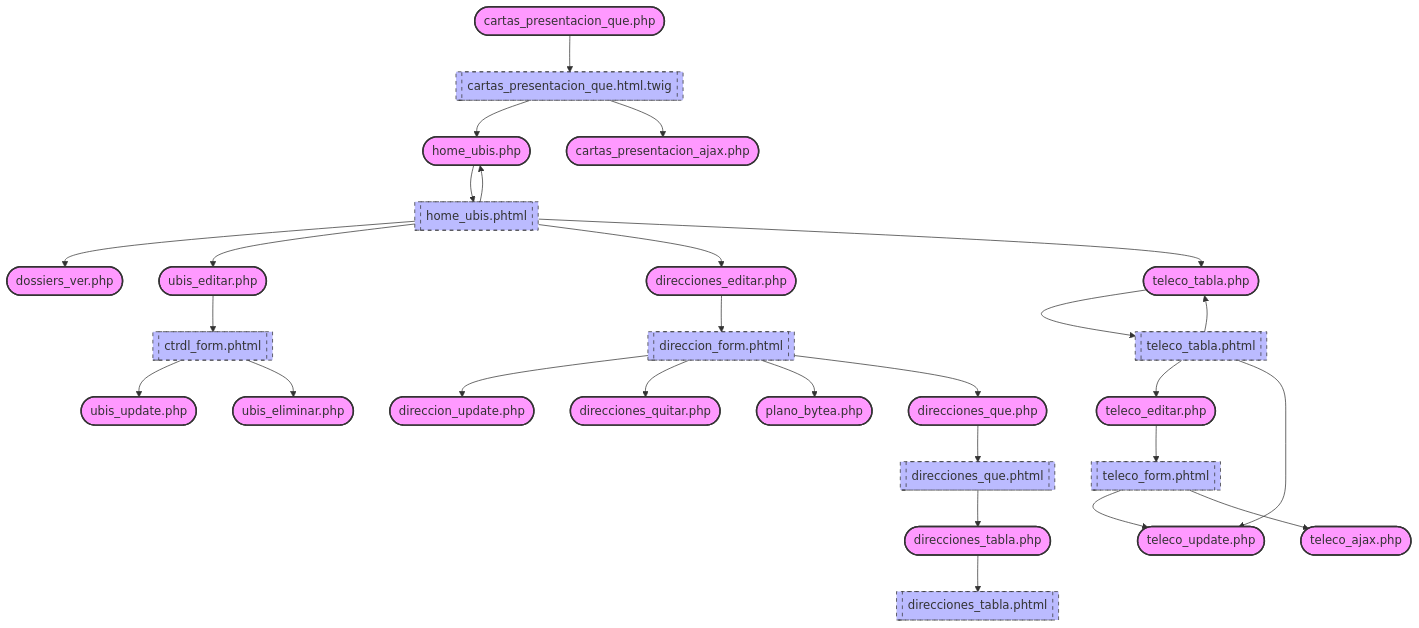
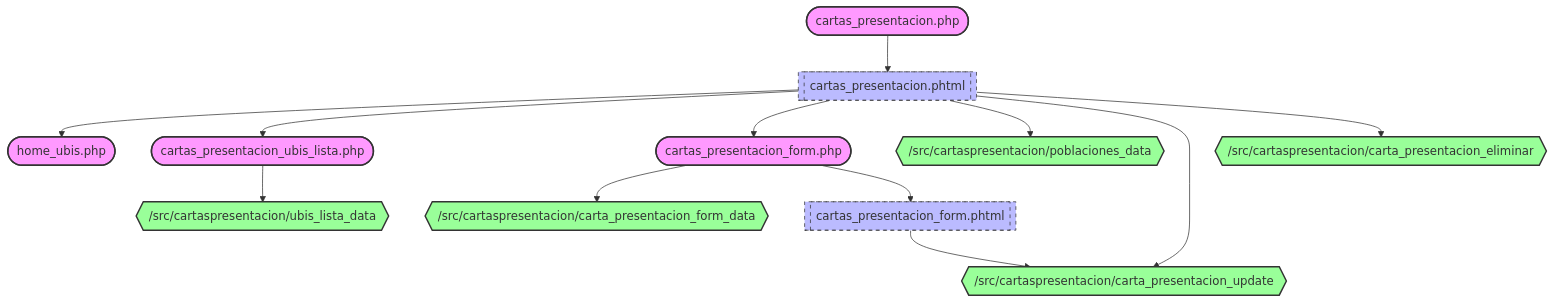
One commit to olvidio/orbix changed the diagram in documentacion/Documentacion_Obix/cartaspresentacion/mapa_cartas_presentacion_que.md. Above: the diagram before and after it, drawn with Mermaid. The commit also changed 143 other files, not shown here.

````diff
--- a/documentacion/Documentacion_Obix/cartaspresentacion/mapa_cartas_presentacion_que.md
+++ b/documentacion/Documentacion_Obix/cartaspresentacion/mapa_cartas_presentacion_que.md
@@ -1,40 +1,22 @@
 ```mermaid
 flowchart TD
     %% Estils de nodes
     classDef controller fill:#f9f,stroke:#333,stroke-width:2px;
     classDef vista fill:#bbf,stroke:#333,stroke-width:1px,stroke-dasharray: 5 5;
+    classDef endpoint fill:#9f9,stroke:#333,stroke-width:2px;
     classDef error fill:#ff9999,stroke:#cc0000,stroke-width:2px;
 
-    apps_cartaspresentacion_controller_cartas_presentacion_que_php(["cartas_presentacion_que.php"]):::controller --> apps_cartaspresentacion_view_cartas_presentacion_que_html_twig[["cartas_presentacion_que.html.twig"]]:::vista
-    apps_cartaspresentacion_view_cartas_presentacion_que_html_twig --> apps_ubis_controller_home_ubis_php(["home_ubis.php"]):::controller
-    apps_cartaspresentacion_view_cartas_presentacion_que_html_twig --> apps_cartaspresentacion_controller_cartas_presentacion_ajax_php(["cartas_presentacion_ajax.php"]):::controller
-    %% DESTÍ NO RESOLT des de apps_cartaspresentacion_view_cartas_presentacion_que_html_twig: {{ oHash }} [DESTÍ NO RESOLT]
-    apps_ubis_controller_home_ubis_php(["home_ubis.php"]):::controller --> apps_ubis_view_home_ubis_phtml[["home_ubis.phtml"]]:::vista
-    apps_ubis_view_home_ubis_phtml --> apps_dossiers_controller_dossiers_ver_php(["dossiers_ver.php"]):::controller
-    apps_ubis_view_home_ubis_phtml --> apps_ubis_controller_home_ubis_php(["home_ubis.php"]):::controller
-    apps_ubis_view_home_ubis_phtml --> apps_ubis_controller_ubis_editar_php(["ubis_editar.php"]):::controller
-    apps_ubis_view_home_ubis_phtml --> apps_ubis_controller_direcciones_editar_php(["direcciones_editar.php"]):::controller
-    apps_ubis_view_home_ubis_phtml --> apps_ubis_controller_teleco_tabla_php(["teleco_tabla.php"]):::controller
-    apps_ubis_controller_ubis_editar_php(["ubis_editar.php"]):::controller --> apps_ubis_view_ctrdl_form_phtml[["ctrdl_form.phtml"]]:::vista
-    apps_ubis_view_ctrdl_form_phtml --> apps_ubis_controller_ubis_update_php(["ubis_update.php"]):::controller
-    apps_ubis_view_ctrdl_form_phtml --> apps_ubis_controller_ubis_eliminar_php(["ubis_eliminar.php"]):::controller
-    apps_ubis_controller_direcciones_editar_php(["direcciones_editar.php"]):::controller --> apps_ubis_view_direccion_form_phtml[["direccion_form.phtml"]]:::vista
-    apps_ubis_view_direccion_form_phtml --> apps_ubis_controller_direccion_update_php(["direccion_update.php"]):::controller
-    apps_ubis_view_direccion_form_phtml --> apps_ubis_controller_direcciones_quitar_php(["direcciones_quitar.php"]):::controller
-    apps_ubis_view_direccion_form_phtml --> apps_ubis_controller_plano_bytea_php(["plano_bytea.php"]):::controller
-    apps_ubis_view_direccion_form_phtml --> apps_ubis_controller_direcciones_que_php(["direcciones_que.php"]):::controller
-    %% DESTÍ NO RESOLT des de apps_ubis_view_direccion_form_phtml: $id_direccion_actual [DESTÍ NO RESOLT]
-    apps_ubis_controller_teleco_tabla_php(["teleco_tabla.php"]):::controller --> apps_ubis_view_teleco_tabla_phtml[["teleco_tabla.phtml"]]:::vista
-    apps_ubis_view_teleco_tabla_phtml --> apps_ubis_controller_teleco_editar_php(["teleco_editar.php"]):::controller
-    apps_ubis_view_teleco_tabla_phtml --> apps_ubis_controller_teleco_update_php(["teleco_update.php"]):::controller
-    apps_ubis_view_teleco_tabla_phtml --> apps_ubis_controller_teleco_tabla_php(["teleco_tabla.php"]):::controller
-    %% DESTÍ NO RESOLT des de apps_ubis_view_teleco_tabla_phtml: $ficha [DESTÍ NO RESOLT]
-    %% DESTÍ NO RESOLT des de apps_ubis_view_teleco_tabla_phtml: $oHash->getCamposHtml(); [DESTÍ NO RESOLT]
-    apps_ubis_controller_direcciones_que_php(["direcciones_que.php"]):::controller --> apps_ubis_view_direcciones_que_phtml[["direcciones_que.phtml"]]:::vista
-    apps_ubis_view_direcciones_que_phtml --> apps_ubis_controller_direcciones_tabla_php(["direcciones_tabla.php"]):::controller
-    apps_ubis_controller_teleco_editar_php(["teleco_editar.php"]):::controller --> apps_ubis_view_teleco_form_phtml[["teleco_form.phtml"]]:::vista
-    apps_ubis_view_teleco_form_phtml --> apps_ubis_controller_teleco_update_php(["teleco_update.php"]):::controller
-    apps_ubis_view_teleco_form_phtml --> apps_ubis_controller_teleco_ajax_php(["teleco_ajax.php"]):::controller
-    apps_ubis_controller_direcciones_tabla_php(["direcciones_tabla.php"]):::controller --> apps_ubis_view_direcciones_tabla_phtml[["direcciones_tabla.phtml"]]:::vista
-    %% DESTÍ NO RESOLT des de apps_ubis_view_direcciones_tabla_phtml: $url_nueva; [DESTÍ NO RESOLT]
+    frontend_cartaspresentacion_controller_cartas_presentacion_php(["cartas_presentacion.php"]):::controller --> frontend_cartaspresentacion_view_cartas_presentacion_phtml[["cartas_presentacion.phtml"]]:::vista
+
+    frontend_cartaspresentacion_view_cartas_presentacion_phtml --> frontend_ubis_controller_home_ubis_php(["home_ubis.php"]):::controller
+    frontend_cartaspresentacion_view_cartas_presentacion_phtml --> frontend_cartaspresentacion_controller_cartas_presentacion_ubis_lista_php(["cartas_presentacion_ubis_lista.php"]):::controller
+    frontend_cartaspresentacion_view_cartas_presentacion_phtml --> frontend_cartaspresentacion_controller_cartas_presentacion_form_php(["cartas_presentacion_form.php"]):::controller
+    frontend_cartaspresentacion_view_cartas_presentacion_phtml --> src_cartaspresentacion_poblaciones_data{{"/src/cartaspresentacion/poblaciones_data"}}:::endpoint
+    frontend_cartaspresentacion_view_cartas_presentacion_phtml --> src_cartaspresentacion_carta_presentacion_update{{"/src/cartaspresentacion/carta_presentacion_update"}}:::endpoint
+    frontend_cartaspresentacion_view_cartas_presentacion_phtml --> src_cartaspresentacion_carta_presentacion_eliminar{{"/src/cartaspresentacion/carta_presentacion_eliminar"}}:::endpoint
+
+    frontend_cartaspresentacion_controller_cartas_presentacion_ubis_lista_php --> src_cartaspresentacion_ubis_lista_data{{"/src/cartaspresentacion/ubis_lista_data"}}:::endpoint
+    frontend_cartaspresentacion_controller_cartas_presentacion_form_php --> src_cartaspresentacion_carta_presentacion_form_data{{"/src/cartaspresentacion/carta_presentacion_form_data"}}:::endpoint
+    frontend_cartaspresentacion_controller_cartas_presentacion_form_php --> frontend_cartaspresentacion_view_cartas_presentacion_form_phtml[["cartas_presentacion_form.phtml"]]:::vista
+    frontend_cartaspresentacion_view_cartas_presentacion_form_phtml --> src_cartaspresentacion_carta_presentacion_update
 ```
````
